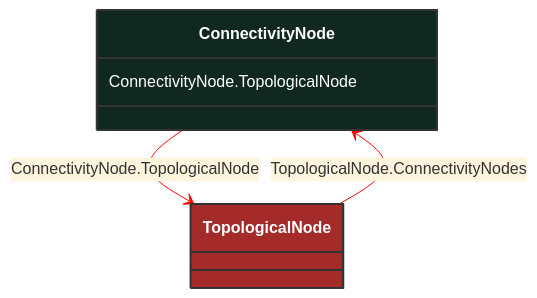
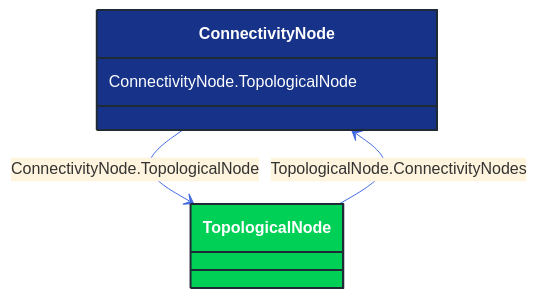
Before and after one commit to 3lbits/NoCIMExtensions: the diagram in docs/Models/Profiles/Topology/ConcreteClasses/ConnectivityNode.md, drawn with Mermaid. The commit also changed 362 other files, not shown here.

First line of the commit message:
Update diagrams and styles for improved visual consistency

````diff
--- a/docs/Models/Profiles/Topology/ConcreteClasses/ConnectivityNode.md
+++ b/docs/Models/Profiles/Topology/ConcreteClasses/ConnectivityNode.md
@@ -8,22 +8,22 @@
 ```mermaid
-%%{init: {'theme':'base','themeVariables': {'lineColor': '#FF0000'}}}%%
+%%{init: {'theme':'base','themeVariables': {'lineColor': '#4169E1'}}}%%
 classDiagram
     class ConnectivityNode
     click ConnectivityNode href "/Models/Profiles/Topology/ConcreteClasses/ConnectivityNode/"
-    style ConnectivityNode fill:#102820,stroke:#333,stroke-width:2px,rx:10,ry:10,color:white
+    style ConnectivityNode fill:#163289,stroke:#1F2A37,stroke-width:2px,rx:10,ry:10,color:white
 
         ConnectivityNode --> TopologicalNode : ConnectivityNode.TopologicalNode
 
         TopologicalNode
             click TopologicalNode href "/Models/Profiles/Topology/ConcreteClasses/TopologicalNode/"
-            style TopologicalNode fill:#A52A2A,stroke:#333,stroke-width:2px,rx:10,ry:10,color:white
+            style TopologicalNode fill:#00D156,stroke:#1F2A37,stroke-width:2px,rx:10,ry:10,color:white
 
         TopologicalNode --> ConnectivityNode : TopologicalNode.ConnectivityNodes
 
         TopologicalNode
             click TopologicalNode href "/Models/Profiles/Topology/ConcreteClasses/TopologicalNode/"
-            style TopologicalNode fill:#A52A2A,stroke:#333,stroke-width:2px,rx:10,ry:10,color:white
+            style TopologicalNode fill:#00D156,stroke:#1F2A37,stroke-width:2px,rx:10,ry:10,color:white
 
 
         ConnectivityNode : ConnectivityNode.TopologicalNode
 ```
````
